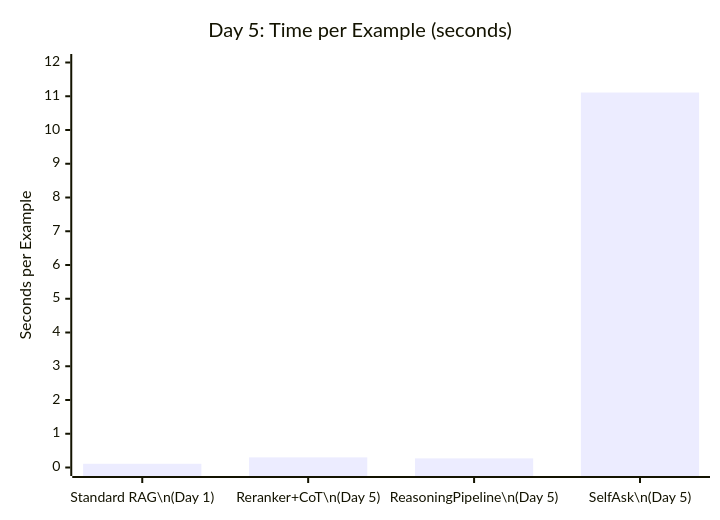
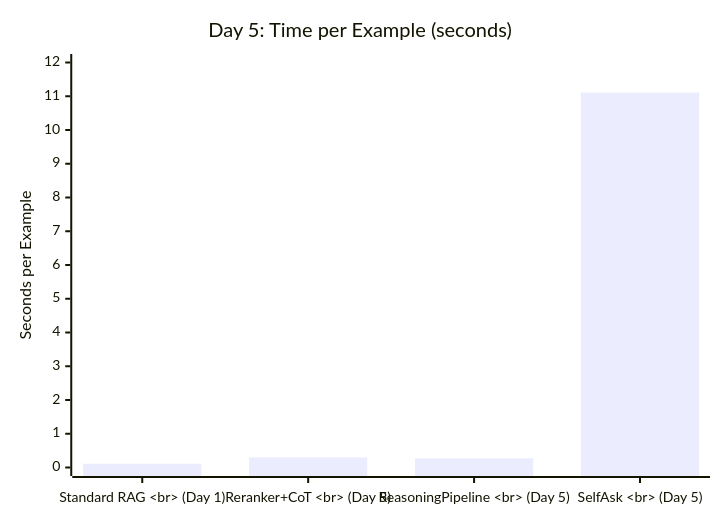
One commit to pradyutnair/msc-thesis changed diagram 23 of 32 in plans/feb5-key-findings.md. Above: the diagram before and after it, drawn with Mermaid. The commit also changed other lines of this file, not shown here.

Commit message:
Update Day 1-5 flowcharts in feb5-key-findings.md to improve readability by replacing newline characters with HTML line breaks. This change enhances the visual presentation of the flowcharts and maintains consistency across the document.

````diff
--- a/plans/feb5-key-findings.md
+++ b/plans/feb5-key-findings.md
@@ -290,7 +290,7 @@
 ```mermaid
 xychart-beta
     title "Day 5: Time per Example (seconds)"
-    x-axis ["Standard RAG\n(Day 1)", "Reranker+CoT\n(Day 5)", "ReasoningPipeline\n(Day 5)", "SelfAsk\n(Day 5)"]
+    x-axis ["Standard RAG <br> (Day 1)", "Reranker+CoT <br> (Day 5)", "ReasoningPipeline <br> (Day 5)", "SelfAsk <br> (Day 5)"]
     y-axis "Seconds per Example" 0 --> 12
     bar [0.11, 0.30, 0.27, 11.11]
 ```
````
